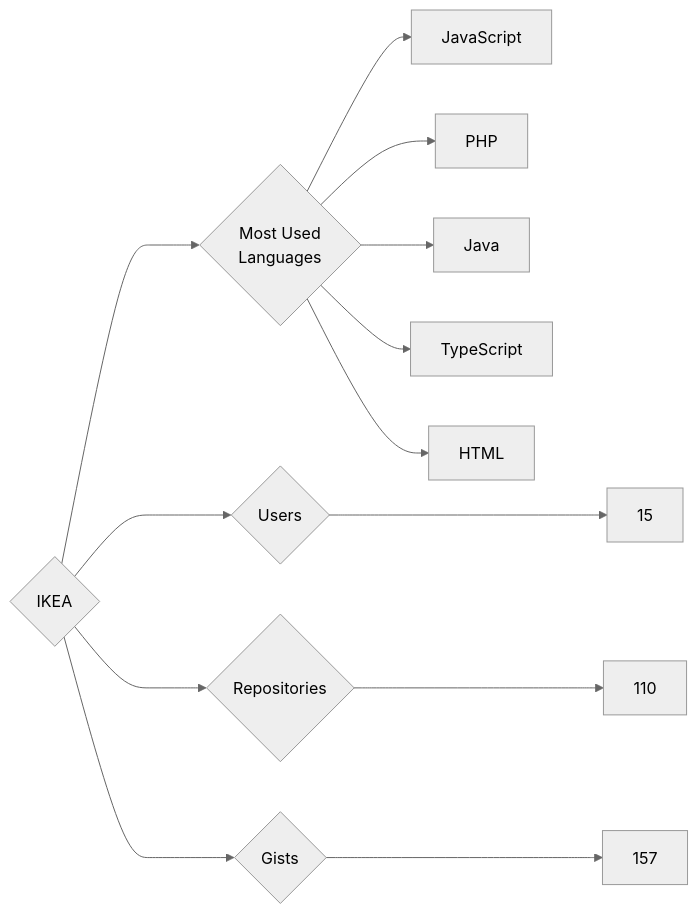
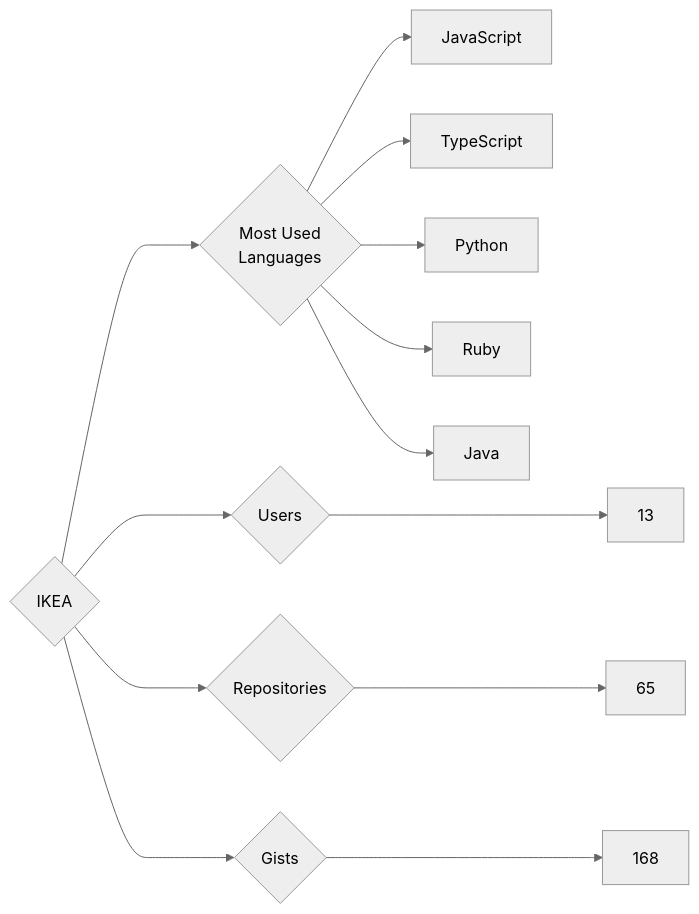
Before and after one commit to trickest/insiders: the diagram in targets/IKEA/README.md, drawn with Mermaid (neutral theme). The commit also changed 873 other files, not shown here.

````diff
--- a/targets/IKEA/README.md
+++ b/targets/IKEA/README.md
@@ -3,13 +3,13 @@
 ```mermaid
 graph LR
 COMPANY_NAME{IKEA}
-COMPANY_NAME ---> U{Users} ---> UN[15]
-COMPANY_NAME ---> R{Repositories} ---> RN[110]
-COMPANY_NAME ---> G{Gists} ---> GN[157]
+COMPANY_NAME ---> U{Users} ---> UN[13]
+COMPANY_NAME ---> R{Repositories} ---> RN[65]
+COMPANY_NAME ---> G{Gists} ---> GN[168]
 COMPANY_NAME ---> ML{Most Used<br>Languages}
 ML --> JavaScript[JavaScript]
-ML --> PHP[PHP]
+ML --> TypeScript[TypeScript]
+ML --> Python[Python]
+ML --> Ruby[Ruby]
 ML --> Java[Java]
-ML --> TypeScript[TypeScript]
-ML --> HTML[HTML]
 ```
````
